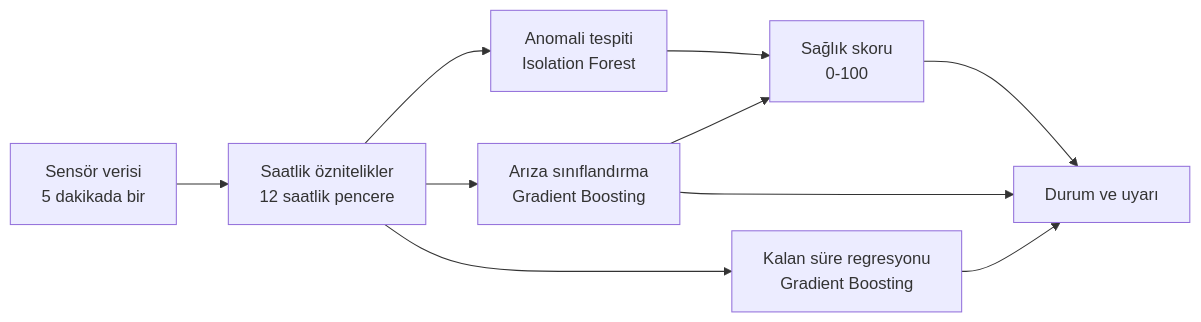
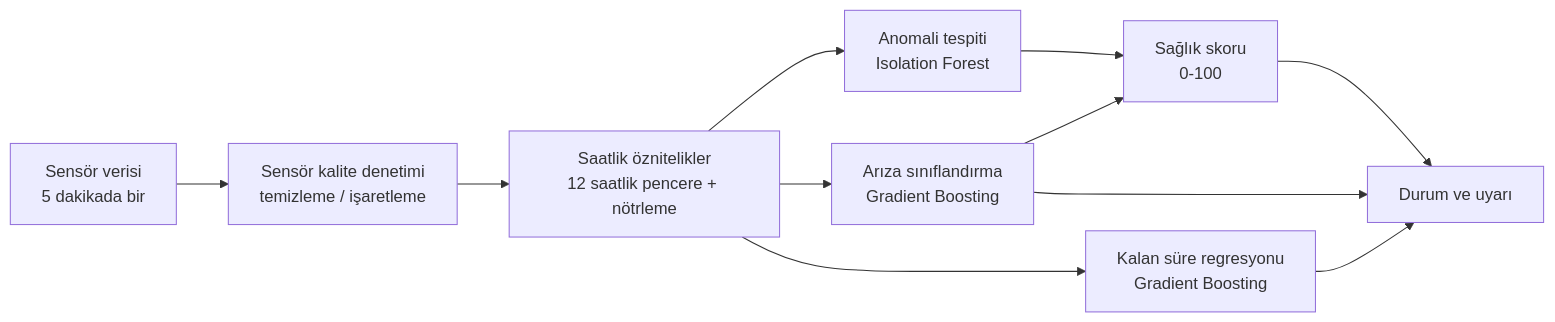
The diagram in docs/model-karti.md (mirzayildiran/sogutma-ariza-tahmini), drawn with Mermaid before and after one commit. The commit also changed other lines of this file and 22 other files, not shown here.

````diff
--- a/docs/model-karti.md
+++ b/docs/model-karti.md
@@ -38,12 +38,13 @@
 ```mermaid
 flowchart LR
-    A["Sensör verisi<br/>5 dakikada bir"] --> B["Saatlik öznitelikler<br/>12 saatlik pencere"]
+    A["Sensör verisi<br/>5 dakikada bir"] --> Q["Sensör kalite denetimi<br/>temizleme / işaretleme"]
+    Q --> B["Saatlik öznitelikler<br/>12 saatlik pencere + nötrleme"]
     B --> C["Anomali tespiti<br/>Isolation Forest"]
     B --> D["Arıza sınıflandırma<br/>Gradient Boosting"]
     B --> E["Kalan süre regresyonu<br/>Gradient Boosting"]
     C --> F["Sağlık skoru<br/>0-100"]
     D --> F
     F --> G["Durum ve uyarı"]
     D --> G
     E --> G
 ```
````
